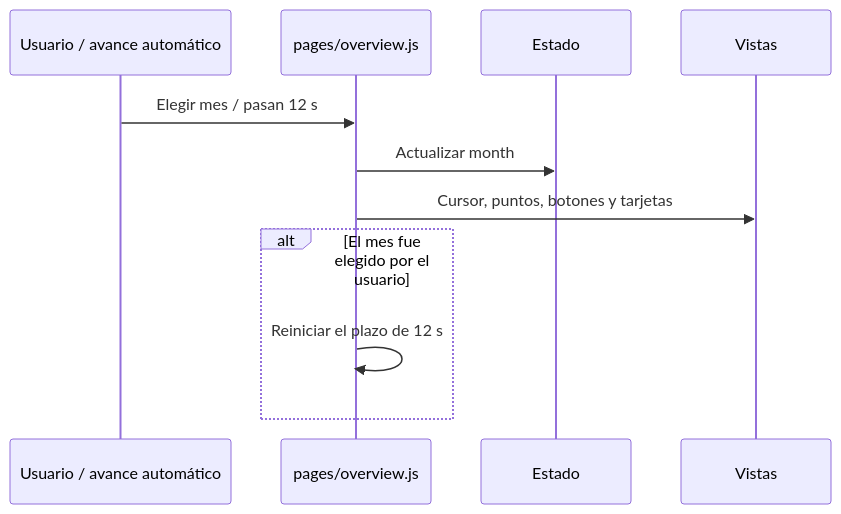
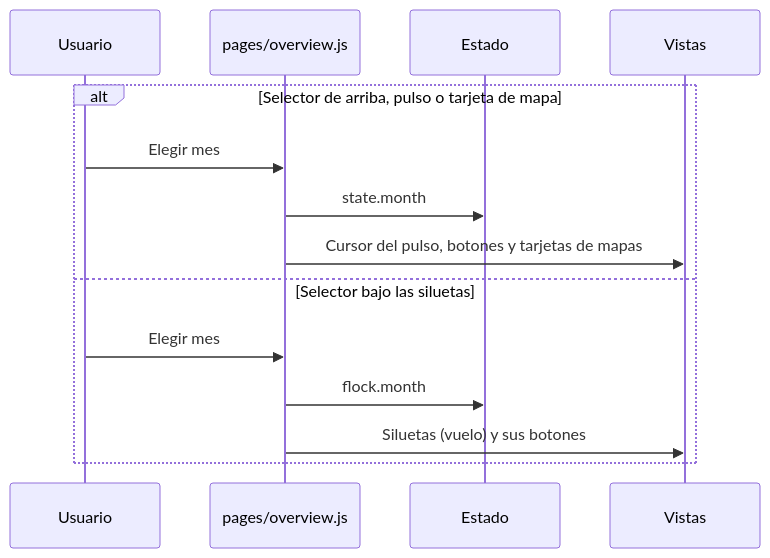
The first of 2 diagrams in docs/ARQUITECTURA.md (canija2000/infovis_2026-2), drawn with Mermaid before and after one commit. The commit also changed other lines of this file and 31 other files, not shown here.

````diff
--- a/docs/ARQUITECTURA.md
+++ b/docs/ARQUITECTURA.md
@@ -132,13 +132,16 @@
 ```mermaid
 sequenceDiagram
-    participant U as Usuario / avance automático
+    participant U as Usuario
     participant P as pages/overview.js
     participant S as Estado
     participant V as Vistas
-    U->>P: Elegir mes / pasan 12 s
-    P->>S: Actualizar month
-    P->>V: Cursor, puntos, botones y tarjetas
-    alt El mes fue elegido por el usuario
-        P->>P: Reiniciar el plazo de 12 s
+    alt Selector de arriba, pulso o tarjeta de mapa
+        U->>P: Elegir mes
+        P->>S: state.month
+        P->>V: Cursor del pulso, botones y tarjetas de mapas
+    else Selector bajo las siluetas
+        U->>P: Elegir mes
+        P->>S: flock.month
+        P->>V: Siluetas (vuelo) y sus botones
     end
 ```
````
